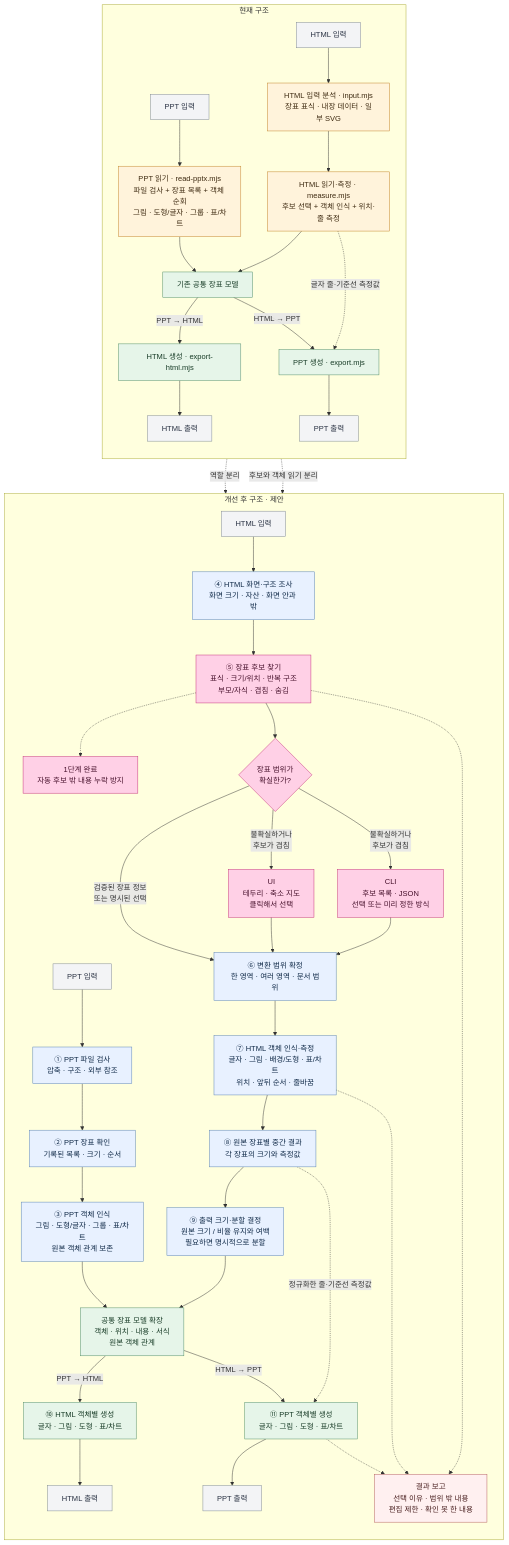
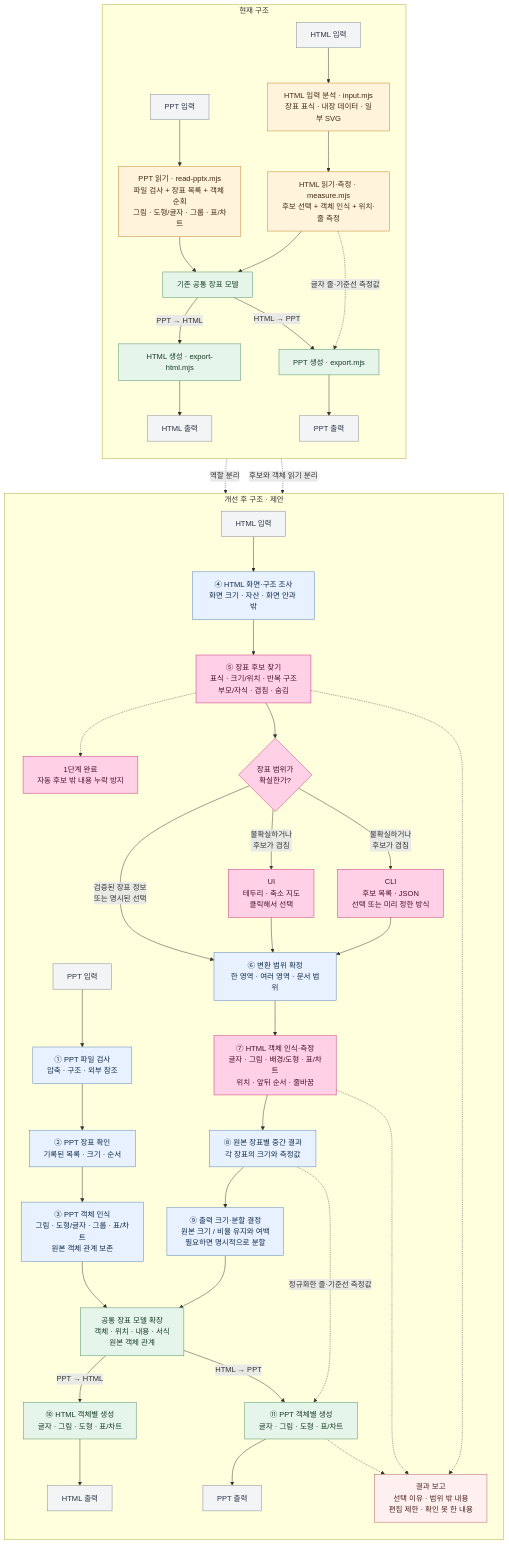
One commit to Kyuhan1230/ppt-again changed the diagram in docs/architecture/refactor-progress.md. Above: the diagram before and after it, drawn with Mermaid. The commit also changed other lines of this file and 4 other files, not shown here.

````diff
--- a/docs/architecture/refactor-progress.md
+++ b/docs/architecture/refactor-progress.md
@@ -5,61 +5,61 @@
 ```mermaid
 flowchart TB
   subgraph CURRENT["현재 구조"]
     direction TB
     CP["PPT 입력"] --> CPR["PPT 읽기 · read-pptx.mjs<br/>파일 검사 + 장표 목록 + 객체 순회<br/>그림 · 도형/글자 · 그룹 · 표/차트"]
     CH["HTML 입력"] --> CHI["HTML 입력 분석 · input.mjs<br/>장표 표식 · 내장 데이터 · 일부 SVG"]
     CHI --> CHM["HTML 읽기·측정 · measure.mjs<br/>후보 선택 + 객체 인식 + 위치·줄 측정"]
     CPR --> CM["기존 공통 장표 모델"]
     CHM --> CM
     CM -->|"PPT → HTML"| CHW["HTML 생성 · export-html.mjs"]
     CHW --> CHO["HTML 출력"]
     CM -->|"HTML → PPT"| CPW["PPT 생성 · export.mjs"]
     CHM -.->|"글자 줄·기준선 측정값"| CPW
     CPW --> CPO["PPT 출력"]
   end
 
   subgraph PROPOSED["개선 후 구조 · 제안"]
     direction TB
     NP["PPT 입력"] --> NPC["① PPT 파일 검사<br/>압축 · 구조 · 외부 참조"]
     NPC --> NPS["② PPT 장표 확인<br/>기록된 목록 · 크기 · 순서"]
     NPS --> NPO["③ PPT 객체 인식<br/>그림 · 도형/글자 · 그룹 · 표/차트<br/>원본 객체 관계 보존"]
     NH["HTML 입력"] --> NHR["④ HTML 화면·구조 조사<br/>화면 크기 · 자산 · 화면 안과 밖"]
     NHR --> NHC["⑤ 장표 후보 찾기<br/>표식 · 크기/위치 · 반복 구조<br/>부모/자식 · 겹침 · 숨김"]
     NHC -.-> ST1["1단계 완료<br/>자동 후보 밖 내용 누락 방지"]
     NHC --> ND{"장표 범위가<br/>확실한가?"}
     ND -->|"검증된 장표 정보<br/>또는 명시된 선택"| NS["⑥ 변환 범위 확정<br/>한 영역 · 여러 영역 · 문서 범위"]
     ND -->|"불확실하거나<br/>후보가 겹침"| NUI["UI<br/>테두리 · 축소 지도<br/>클릭해서 선택"]
     ND -->|"불확실하거나<br/>후보가 겹침"| NCLI["CLI<br/>후보 목록 · JSON<br/>선택 또는 미리 정한 방식"]
     NUI --> NS
     NCLI --> NS
     NS --> NHO["⑦ HTML 객체 인식·측정<br/>글자 · 그림 · 배경/도형 · 표/차트<br/>위치 · 앞뒤 순서 · 줄바꿈"]
     NHO --> NI["⑧ 원본 장표별 중간 결과<br/>각 장표의 크기와 측정값"]
     NI --> NFIT["⑨ 출력 크기·분할 결정<br/>원본 크기 / 비율 유지와 여백<br/>필요하면 명시적으로 분할"]
     NFIT --> NM["공통 장표 모델 확장<br/>객체 · 위치 · 내용 · 서식<br/>원본 객체 관계"]
     NPO --> NM
     NM -->|"PPT → HTML"| NHW["⑩ HTML 객체별 생성<br/>글자 · 그림 · 도형 · 표/차트"]
     NHW --> NHOOUT["HTML 출력"]
     NM -->|"HTML → PPT"| NPW["⑪ PPT 객체별 생성<br/>글자 · 그림 · 도형 · 표/차트"]
     NI -.->|"정규화한 줄·기준선 측정값"| NPW
     NPW --> NPOUT["PPT 출력"]
     NHC -.-> REPORT["결과 보고<br/>선택 이유 · 범위 밖 내용<br/>편집 제한 · 확인 못 한 내용"]
     NHO -.-> REPORT
     NPW -.-> REPORT
   end
 
   CPR -.->|"역할 분리"| NPC
   CHM -.->|"후보와 객체 읽기 분리"| NHR
   classDef input fill:#f3f4f6,stroke:#7d8790,color:#283142
   classDef current fill:#fff3db,stroke:#c18124,color:#3f2b12
   classDef proposed fill:#e8f1ff,stroke:#557fb3,color:#102a48
   classDef common fill:#e6f5e9,stroke:#4e8b66,color:#183c27
   classDef choice fill:#f4edff,stroke:#8767ad,color:#36254b
   classDef report fill:#fff0f0,stroke:#b35b5b,color:#4a2020
   classDef done fill:#ffd0e6,stroke:#c42e78,color:#46102b
   class CP,CH,CHO,CPO,NP,NH,NHOOUT,NPOUT input
   class CPR,CHI,CHM current
-  class NPC,NPS,NPO,NHR,NS,NHO,NI,NFIT proposed
+  class NPC,NPS,NPO,NHR,NS,NI,NFIT proposed
   class CM,CHW,CPW,NM,NHW,NPW common
   class REPORT report
-  class ST1,NHC,ND,NUI,NCLI done
+  class ST1,NHC,ND,NUI,NCLI,NHO done
 ```
````
